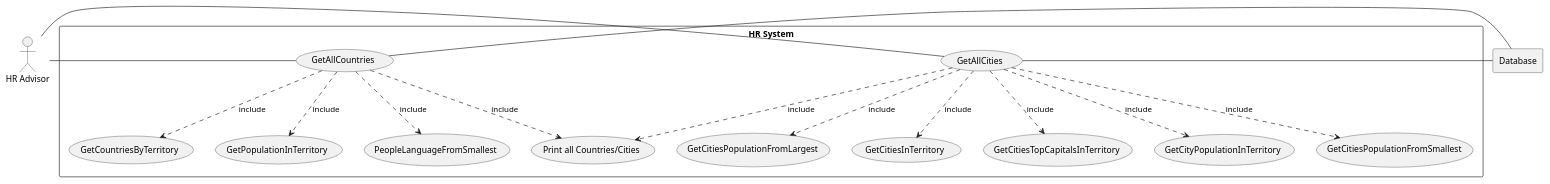
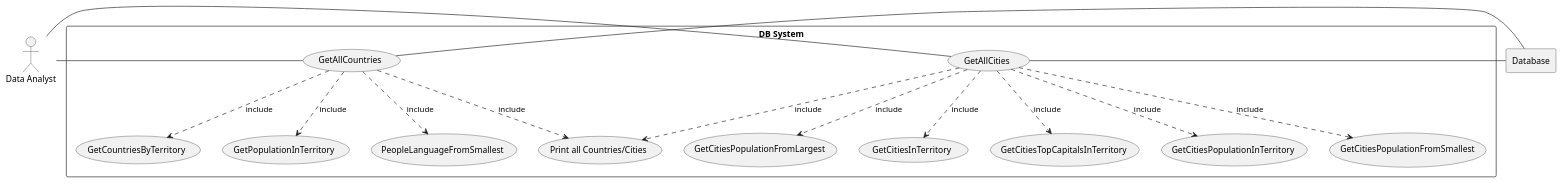
The diagram in use-cases/HR system.puml (namonajem/UNI-SEMG6), drawn with PlantUML before and after one commit.

Commit message:
PlantUML use case diagram created

```diff
--- a/use-cases/HR system.puml
+++ b/use-cases/HR system.puml
@@ -1,51 +1,51 @@
 @startuml
 
-actor HR as "HR Advisor"
+actor HR as "Data Analyst"
 
 rectangle Database
 
-rectangle "HR System" {
+rectangle "DB System" {
     usecase UC1 as "GetAllCities"
 
     usecase UC2 as "GetAllCountries"
 
     usecase UC3 as "GetCountriesByTerritory"
 
     usecase UC4 as "Print all Countries/Cities"
 
     usecase UC5 as "GetCitiesPopulationFromSmallest"
 
     usecase UC6 as "GetCitiesPopulationFromLargest"
 
     usecase UC7 as "GetCitiesInTerritory"
 
     usecase UC8 as "GetCitiesTopCapitalsInTerritory"
 
     usecase UC9 as "GetPopulationInTerritory"
 
-    usecase UC10 as "GetCityPopulationInTerritory"
+    usecase UC10 as "GetCitiesPopulationInTerritory"
 
     usecase UC11 as "PeopleLanguageFromSmallest"
 
 
     HR - UC1
     HR - UC2
 
 
     UC1 ..> UC4 : include
     UC1 ..> UC5 : include
     UC1 ..> UC6 : include
     UC1 ..> UC7 : include
     UC1 ..> UC8 : include
     UC1 ..> UC10 : include
 
     UC2 ..> UC4 : include
     UC2 ..> UC3 : include
     UC2 ..> UC9 : include
     UC2 ..> UC11 : include
 
     UC1 - Database
     UC2 - Database
 }
 
 @enduml
```
